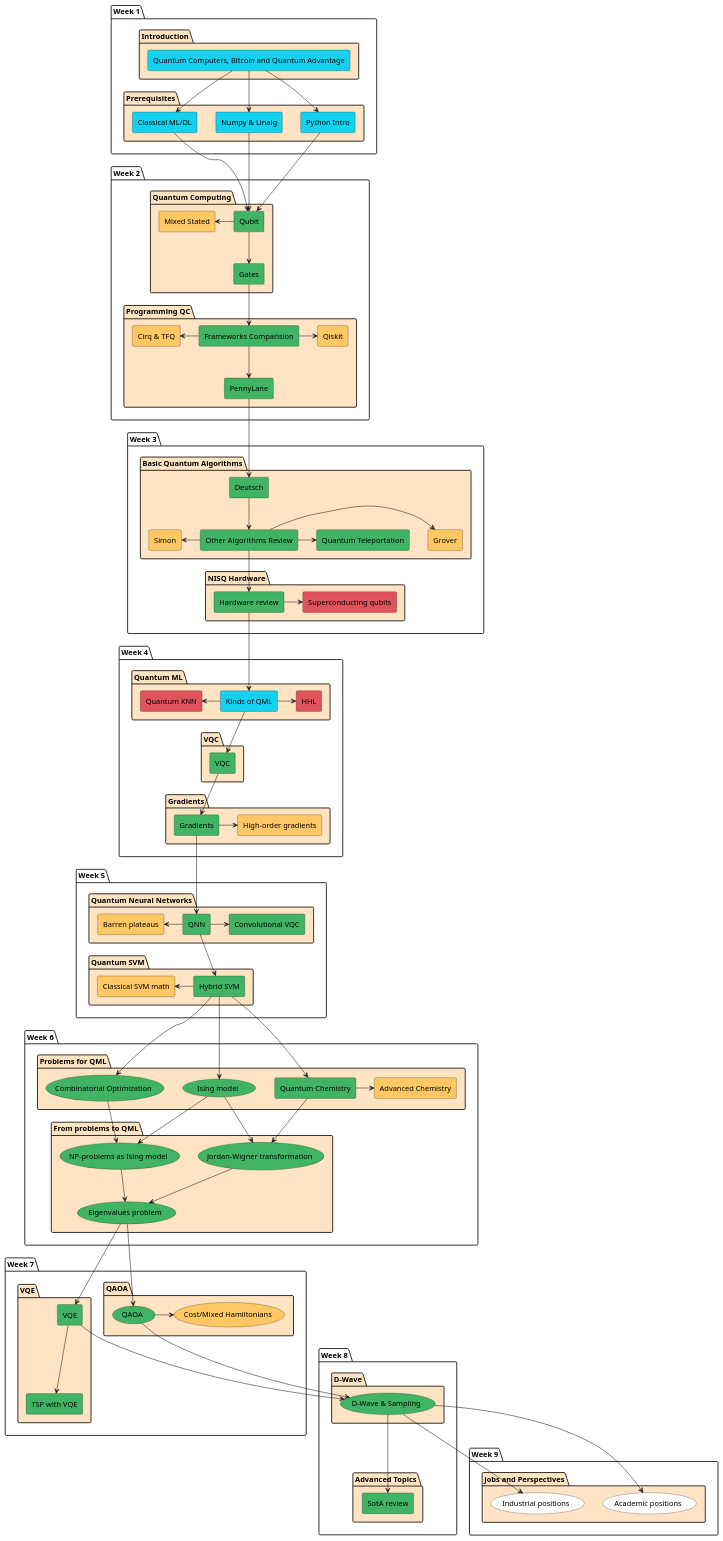
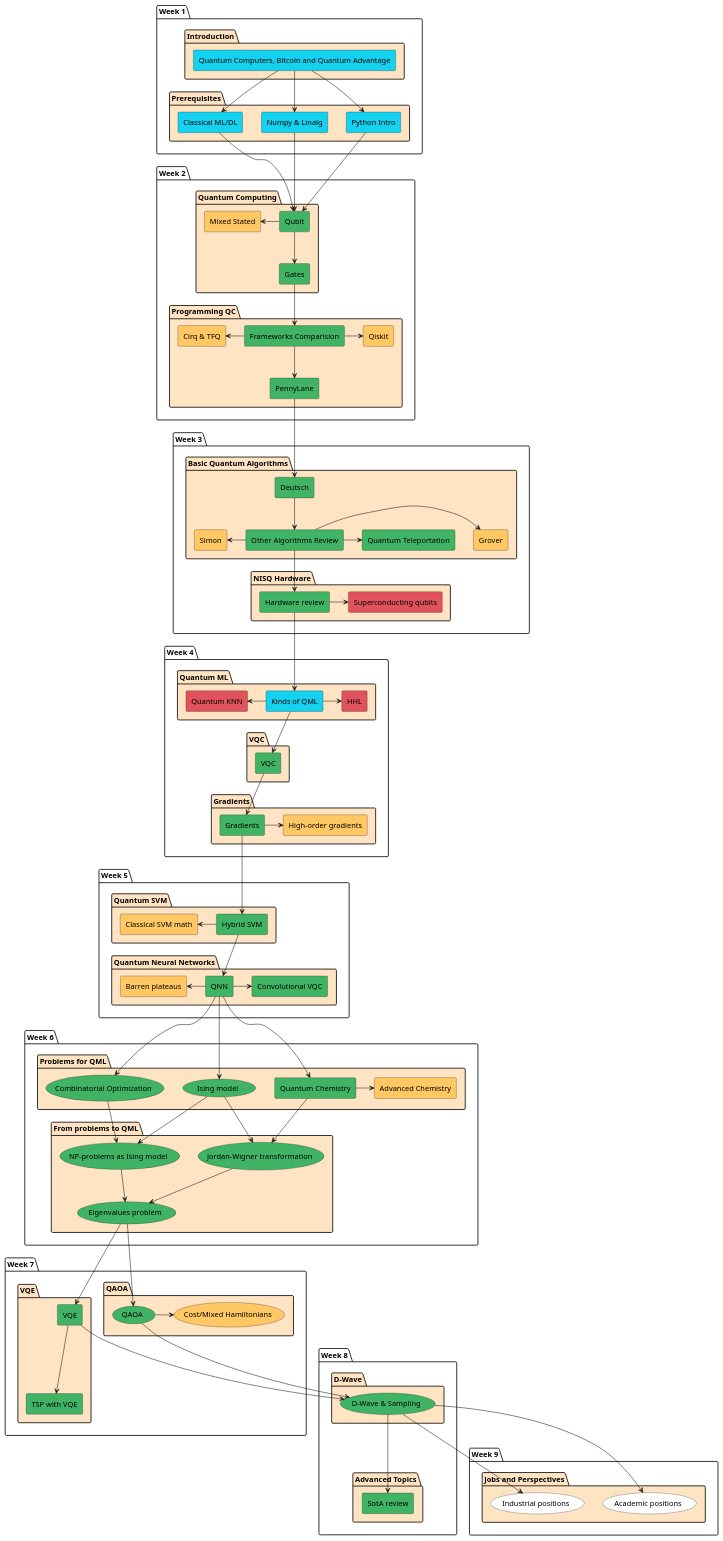
Before and after one commit to quantum-ods/qmlcourse: the diagram in qmlcourseRU/_static/index/program.plantuml, drawn with PlantUML. The commit also changed 1 other file, not shown here.

```diff
--- a/qmlcourseRU/_static/index/program.plantuml
+++ b/qmlcourseRU/_static/index/program.plantuml
@@ -1,189 +1,189 @@
 @startuml
 package "Week 1" {
         package "Introduction" #Bisque {
                 rectangle "Quantum Computers, Bitcoin and Quantum Advantage" as intro1 #14D2EF
         }
 
         package "Prerequisites" #Bisque {
                 rectangle "Python Intro" as python #14D2EF
                 rectangle "Numpy & Linalg" as numpy #14D2EF
                 rectangle "Classical ML/DL" as ml #14D2EF
         }
 }
 
 package "Week 2" {
         package "Quantum Computing" as qci #Bisque {
                 rectangle "Qubit" as qubit #40B464
                 rectangle "Gates" as gates #40B464
                 rectangle "Mixed Stated" as mixed #FFC864
         }
 
         package "Programming QC" #Bisque {
                 rectangle "Frameworks Comparision" as progcomparision #40B464
                 rectangle "PennyLane" as pennylane #40B464
                 rectangle "Qiskit" as qiskit #FFC864
                 rectangle "Cirq & TFQ" as cirq #FFC864
         }
 }
 
 package "Week 3" {
         package "Basic Quantum Algorithms" as qalgo #Bisque {
                 rectangle "Deutsch" as deutsch #40B464
                 rectangle "Other Algorithms Review" as advanced_algos #40B464
                 rectangle "Grover" as grover #FFC864
                 rectangle "Quantum Teleportation" as qtp #40B464
                 rectangle "Simon" as saimon #FFC864
         }
 
         package "NISQ Hardware" #Bisque {
                 rectangle "Hardware review" as review #40B464
                 rectangle "Superconducting qubits" as schard #E0535C
         }
 }
 
 package "Week 4" {
         package "Quantum ML" #Bisque {
                 rectangle "Kinds of QML" as qml_general #14D2EF
                 rectangle "HHL" as hhl #E0535C
                 rectangle "Quantum KNN" as qknn #E0535C
         }
 
         package "VQC" #Bisque {
                 rectangle "VQC" as vqc #40B464
         }
 
         package "Gradients" #Bisque {
                 rectangle "Gradients" as grad #40B464
                 rectangle "High-order gradients" as hograd #FFC864
         }
 }
 
 package "Week 5" {
+        package "Quantum SVM" #Bisque {
+                rectangle "Hybrid SVM" as hsvm #40B464
+                rectangle "Classical SVM math" as csvm #FFC864
+        }
+
         package "Quantum Neural Networks" #Bisque {
                 rectangle "QNN" as qnn #40B464
                 rectangle "Barren plateaus" as barren #FFC864
                 rectangle "Convolutional VQC" as convvqc #40B464
-        }
-
-        package "Quantum SVM" #Bisque {
-                rectangle "Hybrid SVM" as hsvm #40B464
-                rectangle "Classical SVM math" as csvm #FFC864
         }
 }
 
 package "Week 6" {
         package "Problems for QML" #Bisque {
                 usecase "Ising model" as ising #40B464
                 usecase "Combinatorial Optimization" as copt #40B464
                 rectangle "Quantum Chemistry" as qchem #40B464
                 rectangle "Advanced Chemistry" as aqchem #FFC864
         }
 
         package "From problems to QML" #Bisque {
                 usecase "NP-problems as Ising model" as npising #40B464
                 usecase "Jordan-Wigner transformation" as jordan #40B464
                 usecase "Eigenvalues problem" as eigenvals #40B464
         }
 }
 
 package "Week 7" {
         package "VQE" #Bisque {
                 rectangle "VQE" as vqe #40B464
                 rectangle "TSP with VQE" as tspvqe #40B464
         }
 
         package "QAOA" #Bisque {
                 usecase "QAOA" as qaoa #40B464
                 usecase "Cost/Mixed Hamiltonians" as hams #FFC864
         }
 }
 
 package "Week 8" {
         package "D-Wave" #Bisque {
                 usecase "D-Wave & Sampling" as dwave #40B464
         }
 
         package "Advanced Topics" as adv #Bisque {
                 rectangle "SotA review" as sota #40B464
         }
 }
 
 package "Week 9" {
         package "Jobs and Perspectives" as jobs #Bisque {
                 usecase "Academic positions" as academic #White
                 usecase "Industrial positions" as industrial #White
         }
 }
 
 
 intro1 --> python
 intro1 --> numpy
 intro1 --> ml
 
 python --> qubit
 numpy --> qubit
 ml --> qubit
 
 qubit --> gates
 mixed <- qubit
 
 gates --> progcomparision
 progcomparision --> pennylane
 cirq <- progcomparision
 progcomparision -> qiskit
 
 pennylane --> deutsch
 
 deutsch --> advanced_algos
 advanced_algos -> grover
 advanced_algos -> qtp
 saimon <- advanced_algos
 
 advanced_algos --> review
 review -> schard
 
 review --> qml_general
 
 qml_general -> hhl
 qknn <- qml_general
 
 qml_general --> vqc
 
 vqc --> grad
 grad -> hograd
 
-grad --> qnn
+grad --> hsvm
 barren <- qnn
 qnn -> convvqc
 
-qnn --> hsvm
+hsvm --> qnn
 csvm <- hsvm
 
-hsvm --> ising
-hsvm --> copt
-hsvm --> qchem
+qnn --> ising
+qnn --> copt
+qnn --> qchem
 qchem -> aqchem
 qchem --> jordan
 ising --> npising
 ising --> jordan
 copt --> npising
 
 npising --> eigenvals
 jordan --> eigenvals
 
 eigenvals --> vqe
 eigenvals --> qaoa
 
 vqe --> tspvqe
 
 qaoa -> hams
 
 qaoa --> dwave
 vqe --> dwave
 
 dwave --> academic
 dwave --> industrial
 
 dwave --> sota
 
 @enduml
```
